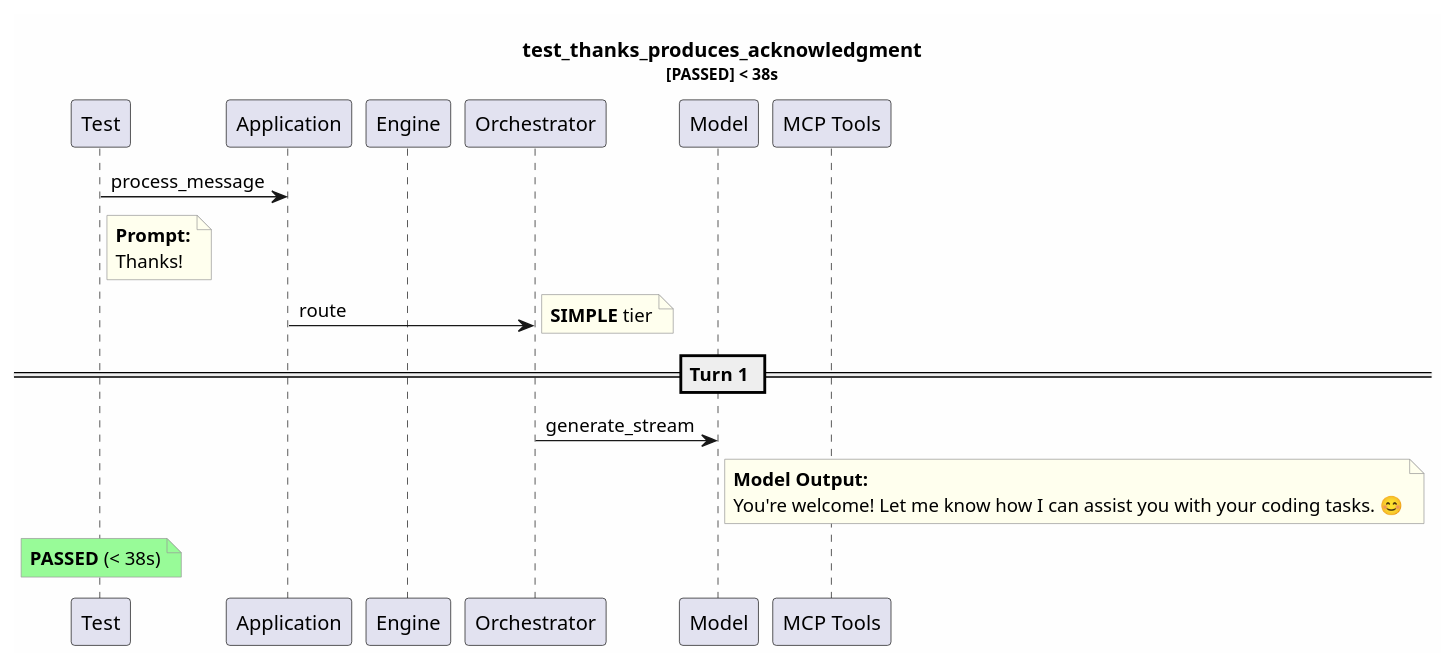
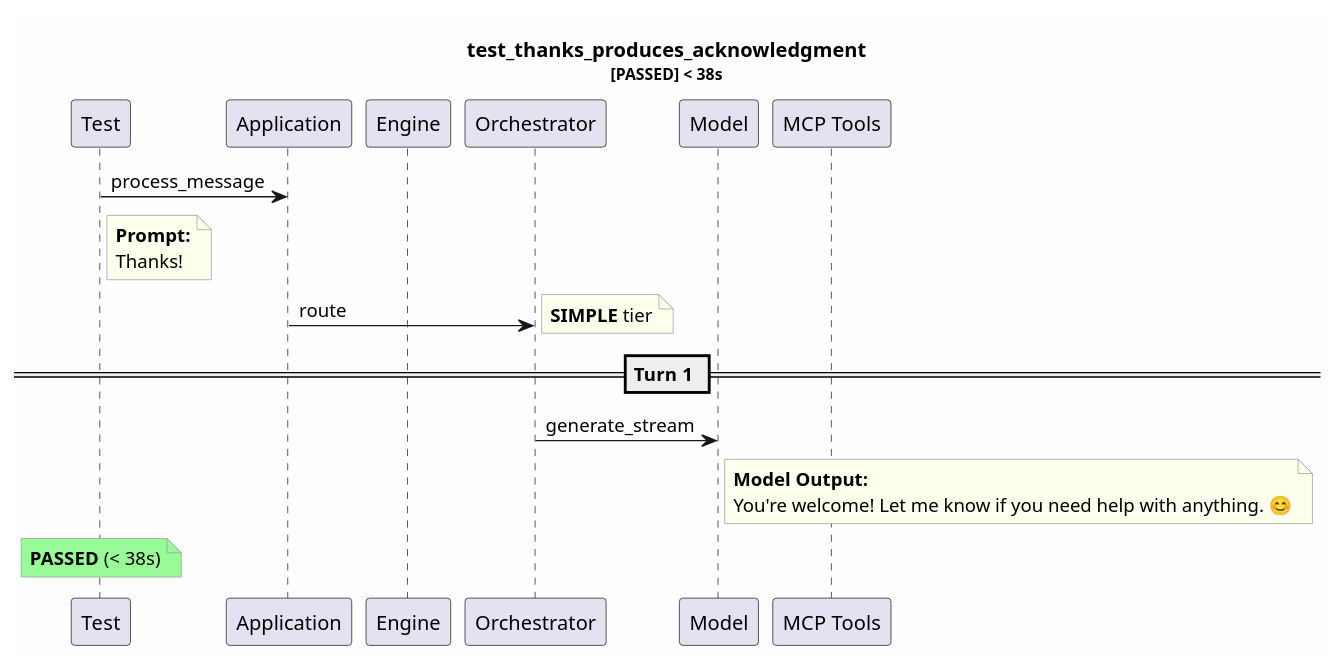
Before and after one commit to tvanfossen/entropic: the diagram in test-reports/logs/test_thanks_produces_acknowledgment/test_thanks_produces_acknowledgment.puml, drawn with PlantUML. The commit also changed 308 other files, not shown here.

```diff
--- a/test-reports/logs/test_thanks_produces_acknowledgment/test_thanks_produces_acknowledgment.puml
+++ b/test-reports/logs/test_thanks_produces_acknowledgment/test_thanks_produces_acknowledgment.puml
@@ -1,31 +1,31 @@
 @startuml
 skinparam backgroundColor #FEFEFE
 skinparam noteBorderColor #999999
 skinparam noteBackgroundColor #FFFFEE
 title test_thanks_produces_acknowledgment\n<size:11>[PASSED] < 38s</size>
 
 participant "Test" as T
 participant "Application" as App
 participant "Engine" as Eng
 participant "Orchestrator" as Orch
 participant "Model" as Mdl
 participant "MCP Tools" as MCP
 
 T -> App: process_message
 note right of T
   **Prompt:**
   Thanks!
 end note
 App -> Orch: route
 note right: **SIMPLE** tier
 == Turn 1 ==
 Orch -> Mdl: generate_stream
 note right of Mdl
   **Model Output:**
-  You're welcome! Let me know how I can assist you with your coding tasks. 😊
+  You're welcome! Let me know if you need help with anything. 😊
 end note
 note over T #palegreen
   **PASSED** (< 38s)
 end note
 
 @enduml
```
